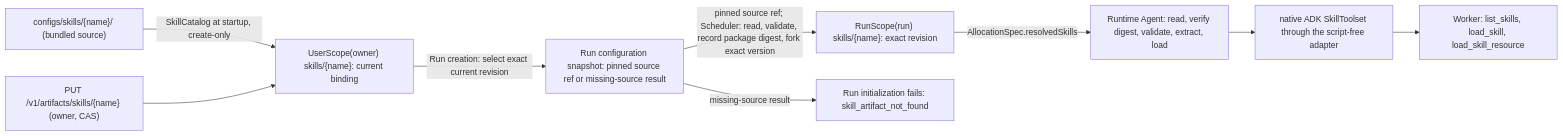
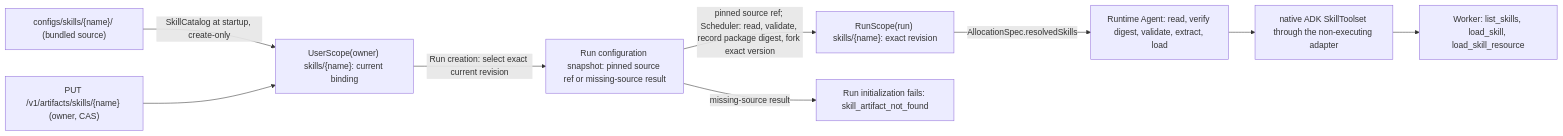
The first of 3 diagrams in docs/spec/tools/skills.md (grauwolf32/contractor), drawn with Mermaid before and after one commit. The commit also changed other lines of this file and 38 other files, not shown here.

````diff
--- a/docs/spec/tools/skills.md
+++ b/docs/spec/tools/skills.md
@@ -76,11 +76,11 @@
 ```mermaid
 flowchart LR
     SRC["configs/skills/{name}/ (bundled source)"] -->|"SkillCatalog at startup, create-only"| U
     API["PUT /v1/artifacts/skills/{name} (owner, CAS)"] --> U
     U["UserScope(owner) skills/{name}: current binding"] -->|"Run creation: select exact current revision"| P["Run configuration snapshot: pinned source ref or missing-source result"]
     P -->|"pinned source ref; Scheduler: read, validate, record package digest, fork exact version"| R["RunScope(run) skills/{name}: exact revision"]
     P -->|"missing-source result"| F["Run initialization fails: skill_artifact_not_found"]
     R -->|"AllocationSpec.resolvedSkills"| RT["Runtime Agent: read, verify digest, validate, extract, load"]
-    RT --> T["native ADK SkillToolset through the script-free adapter"]
+    RT --> T["native ADK SkillToolset through the non-executing adapter"]
     T --> W["Worker: list_skills, load_skill, load_skill_resource"]
 ```
````
